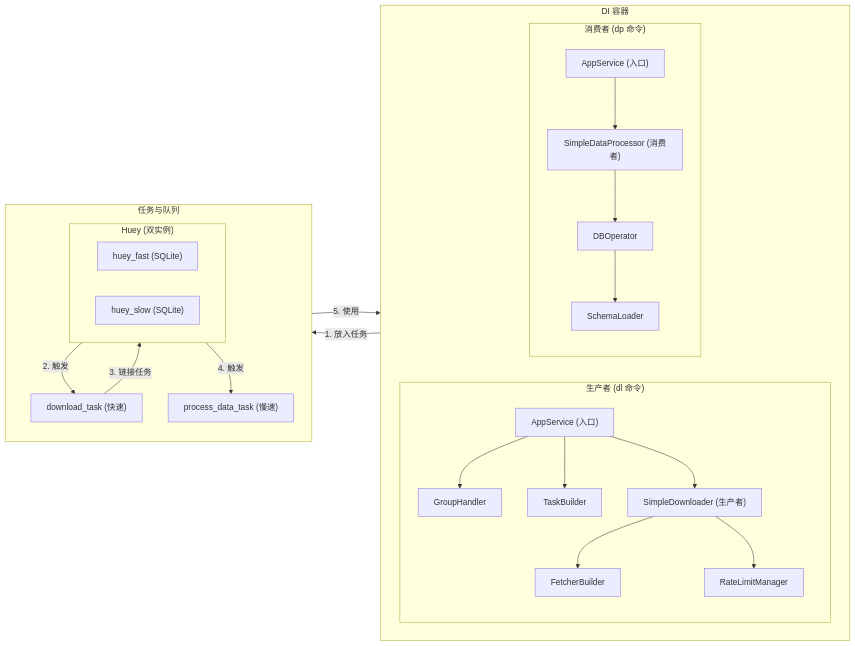
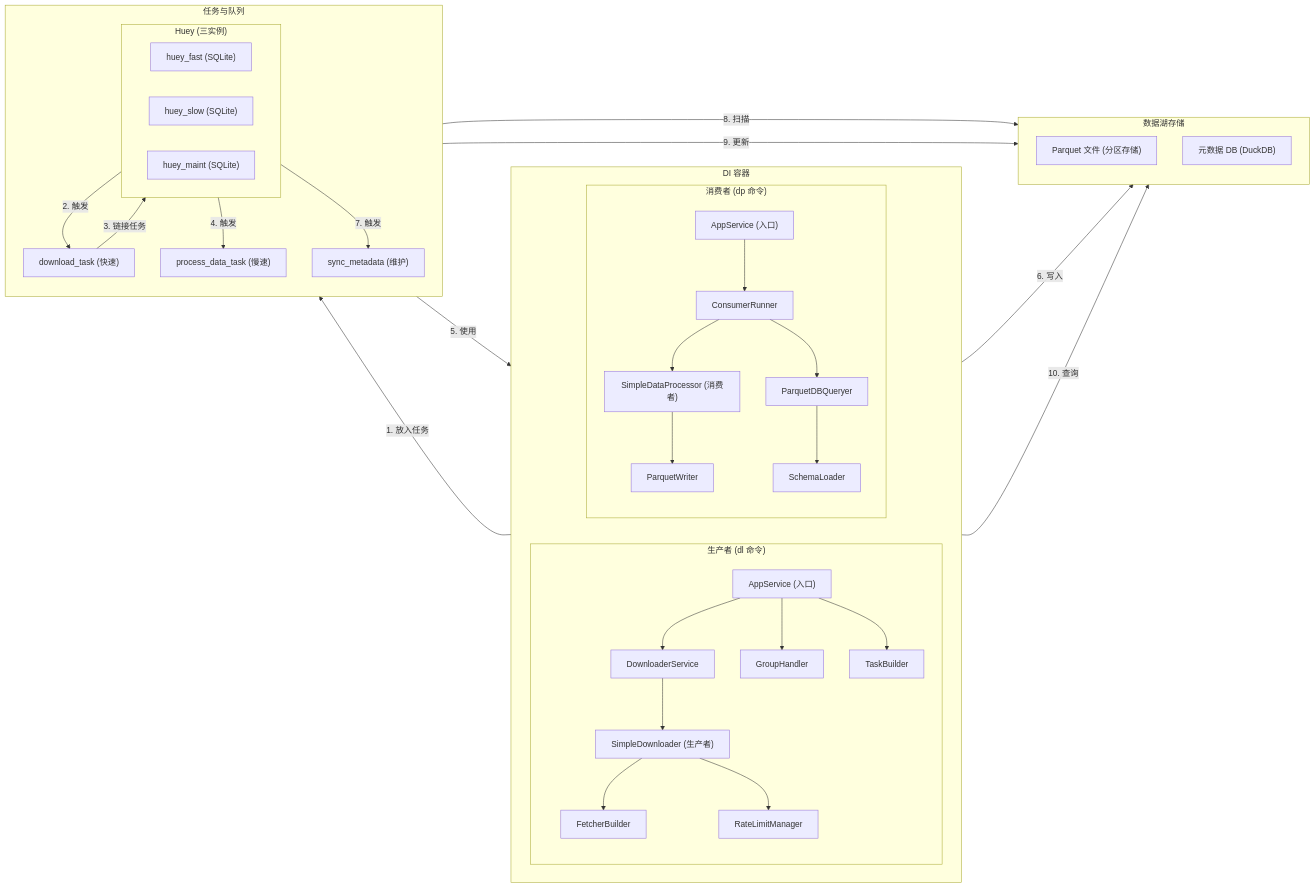
One commit to yapex/stock_downloader changed the diagram in docs/核心架构.md. Above: the diagram before and after it, drawn with Mermaid. The commit also changed other lines of this file, not shown here.

````diff
--- a/docs/核心架构.md
+++ b/docs/核心架构.md
@@ -22,43 +28,59 @@
 ```mermaid
 graph LR
     subgraph AppContainer [DI 容器]
         direction LR
         
         subgraph "生产者 (dl 命令)"
             direction TB
-            AppService_DL["AppService (入口)"] --> GroupHandler["GroupHandler"]
+            AppService_DL["AppService (入口)"] --> DownloaderService["DownloaderService"]
+            AppService_DL --> GroupHandler["GroupHandler"]
             AppService_DL --> TaskBuilder["TaskBuilder"]
-            AppService_DL --> SimpleDownloader["SimpleDownloader (生产者)"]
+            DownloaderService --> SimpleDownloader["SimpleDownloader (生产者)"]
             SimpleDownloader --> FetcherBuilder["FetcherBuilder"]
             SimpleDownloader --> RateLimitManager["RateLimitManager"]
         end
 
         subgraph "消费者 (dp 命令)"
             direction TB
-            AppService_DP["AppService (入口)"] --> SimpleDataProcessor["SimpleDataProcessor (消费者)"]
-            SimpleDataProcessor --> DBOperator["DBOperator"]
-            DBOperator --> SchemaLoader["SchemaLoader"]
+            AppService_DP["AppService (入口)"] --> ConsumerRunner["ConsumerRunner"]
+            ConsumerRunner --> SimpleDataProcessor["SimpleDataProcessor (消费者)"]
+            SimpleDataProcessor --> ParquetWriter["ParquetWriter"]
+            ConsumerRunner --> ParquetDBQueryer["ParquetDBQueryer"]
+            ParquetDBQueryer --> SchemaLoader["SchemaLoader"]
         end
         
     end
 
     subgraph "任务与队列"
         direction TB
         download_task["download_task (快速)"]
         process_data_task["process_data_task (慢速)"]
+        sync_metadata["sync_metadata (维护)"]
         
-        subgraph "Huey (双实例)"
+        subgraph "Huey (三实例)"
             direction LR
             huey_fast["huey_fast (SQLite)"]
             huey_slow["huey_slow (SQLite)"]
+            huey_maint["huey_maint (SQLite)"]
         end
     end
 
+    subgraph "数据湖存储"
+        direction TB
+        ParquetFiles["Parquet 文件 (分区存储)"]
+        MetadataDB["元数据 DB (DuckDB)"]
+    end
+
     %% 依赖关系
-    SimpleDownloader -- "1. 放入任务" --> huey_fast
+    DownloaderService -- "1. 放入任务" --> huey_fast
     huey_fast -- "2. 触发" --> download_task
     download_task -- "3. 链接任务" --> huey_slow
     huey_slow -- "4. 触发" --> process_data_task
     process_data_task -- "5. 使用" --> SimpleDataProcessor
+    SimpleDataProcessor -- "6. 写入" --> ParquetFiles
+    huey_maint -- "7. 触发" --> sync_metadata
+    sync_metadata -- "8. 扫描" --> ParquetFiles
+    sync_metadata -- "9. 更新" --> MetadataDB
+    ParquetDBQueryer -- "10. 查询" --> MetadataDB
 
 ```
````
